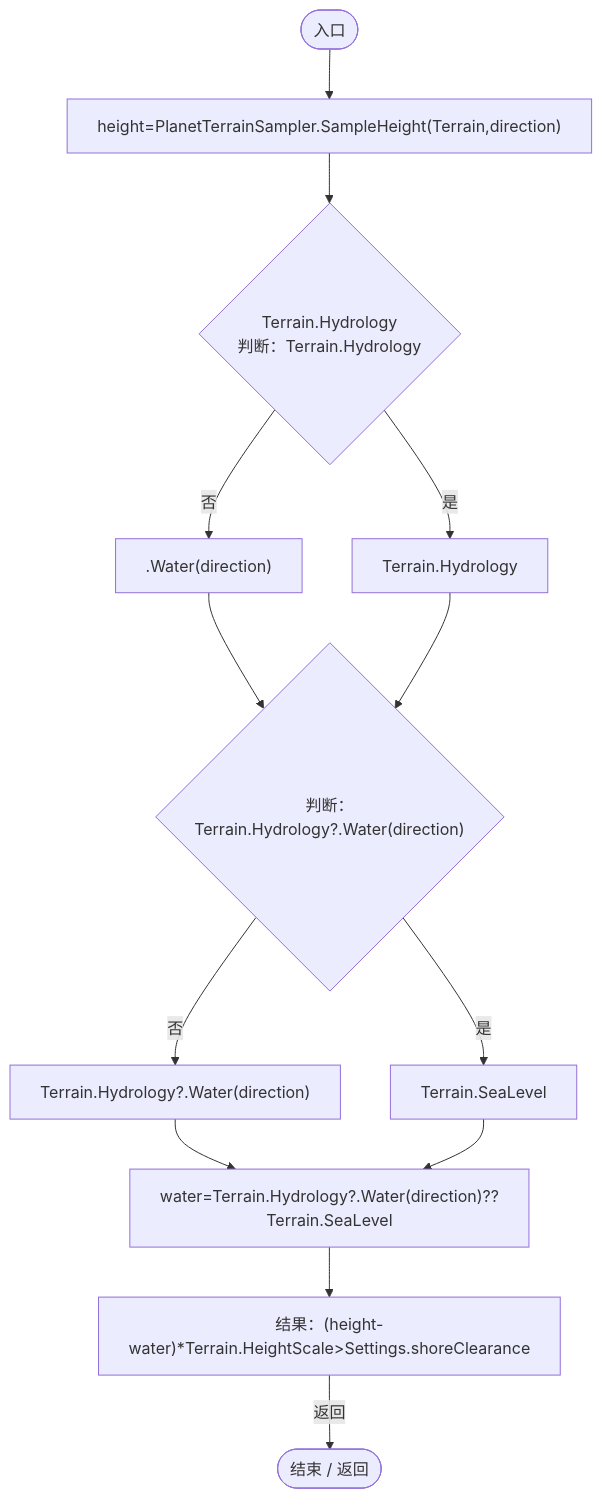
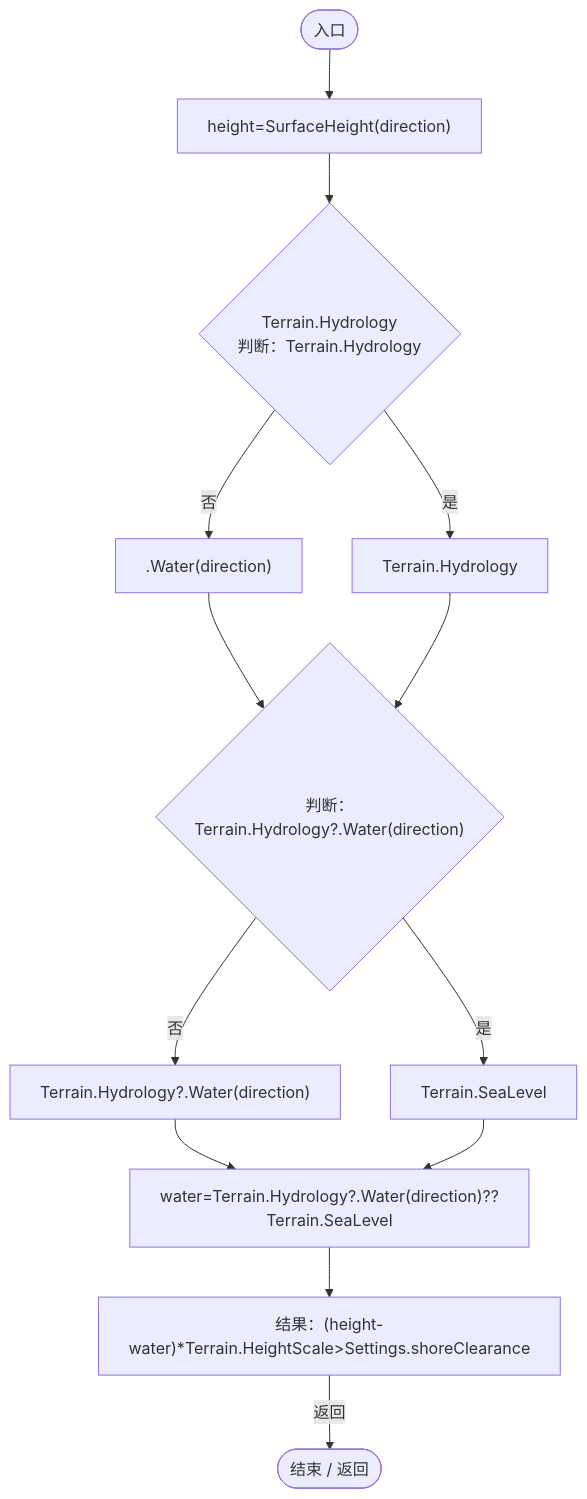
The third of 9 diagrams in Docs/运行流程图/脚本/6f2590f045ea5d3f.md (xhs6666/Darwin_paradise), drawn with Mermaid before and after one commit. The commit also changed other lines of this file and 150 other files, not shown here.

````diff
--- a/Docs/运行流程图/脚本/6f2590f045ea5d3f.md
+++ b/Docs/运行流程图/脚本/6f2590f045ea5d3f.md
@@ -124,27 +156,27 @@
 ```mermaid
 flowchart TD
   b0(["入口"])
-  b1["height=PlanetTerrainSampler.SampleHeight(Terrain,direction)"]
+  b1["height=SurfaceHeight(direction)"]
   b2{"Terrain.Hydrology<br/>判断：Terrain.Hydrology"}
   b3[".Water(direction)"]
   b4["Terrain.Hydrology"]
   b5{"判断：Terrain.Hydrology?.Water(direction)"}
   b6["Terrain.Hydrology?.Water(direction)"]
   b7["Terrain.SeaLevel"]
   b8["water=Terrain.Hydrology?.Water(direction)??Terrain.SeaLevel"]
   b9["结果：(height-water)*Terrain.HeightScale&gt;Settings.shoreClearance"]
   b10(["结束 / 返回"])
   b0 --> b1
   b1 --> b2
   b2 -->|"否"| b3
   b2 -->|"是"| b4
   b3 --> b5
   b4 --> b5
   b5 -->|"否"| b6
   b5 -->|"是"| b7
   b6 --> b8
   b7 --> b8
   b8 --> b9
   b9 -->|"返回"| b10
 
 ```
````
